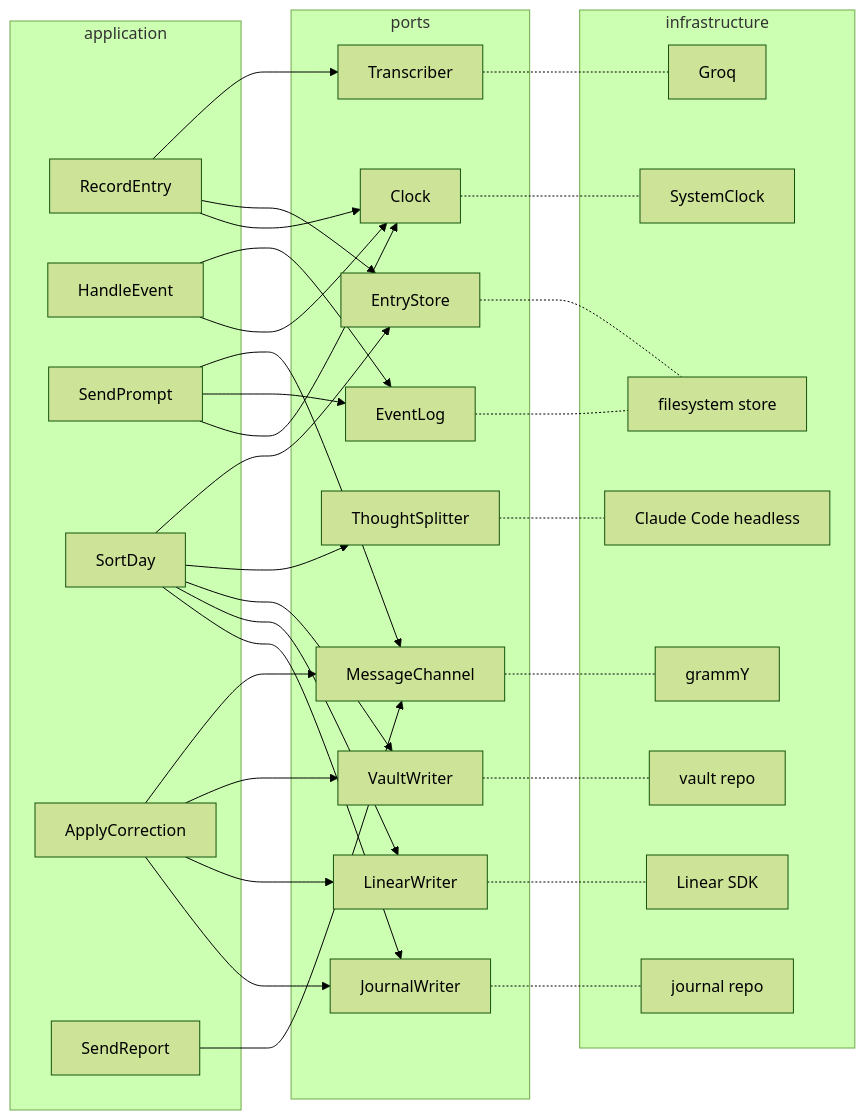
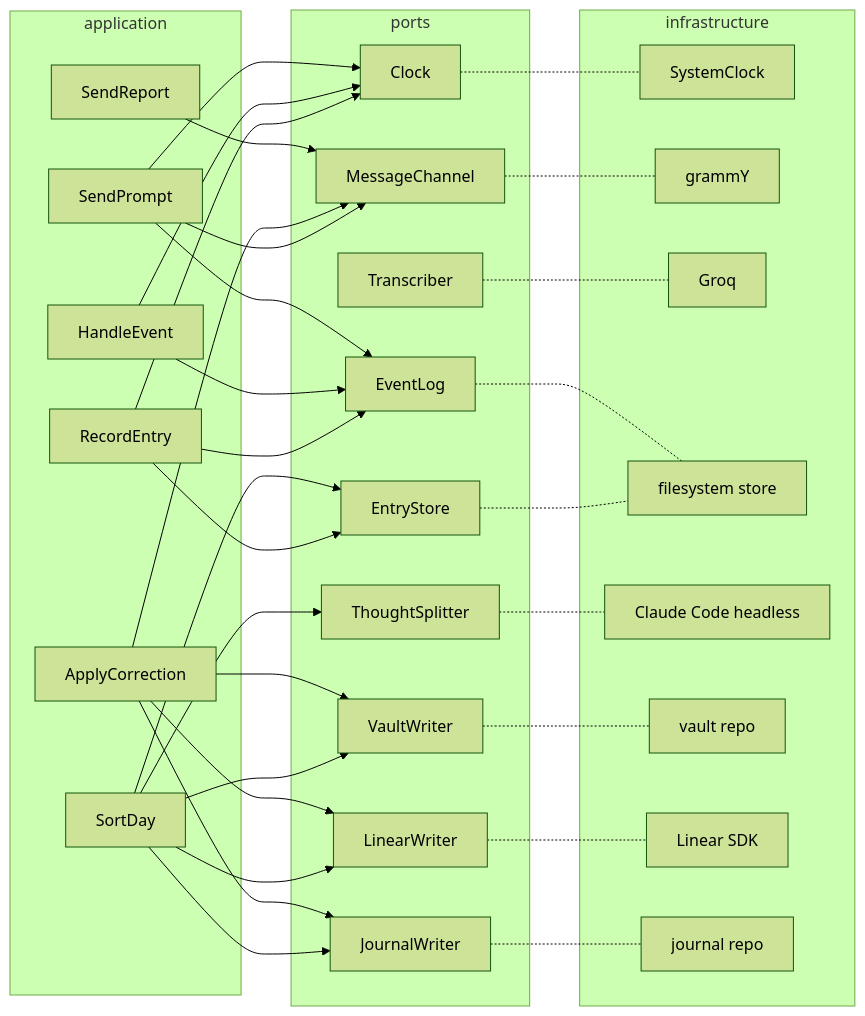
The second of 4 diagrams in docs/ARCHITECTURE.md (lyeyixian/journal-inbox), drawn with Mermaid (forest theme) before and after one commit. The commit also changed other lines of this file and 26 other files, not shown here.

````diff
--- a/docs/ARCHITECTURE.md
+++ b/docs/ARCHITECTURE.md
@@ -28,47 +28,47 @@
 ```mermaid
 flowchart LR
   subgraph application
     RE[RecordEntry]
     HE[HandleEvent]
     SP[SendPrompt]
     SD[SortDay]
     AC[ApplyCorrection]
     SR[SendReport]
   end
   subgraph ports
     Clock
     MessageChannel
     Transcriber
     EntryStore
     EventLog
     ThoughtSplitter
     VaultWriter
     LinearWriter
     JournalWriter
   end
   subgraph infrastructure
     SystemClock
     grammY
     Groq
     FS[filesystem store]
     Claude[Claude Code headless]
     Vault[vault repo]
     Linear[Linear SDK]
     Journal[journal repo]
   end
-  RE --> Transcriber & EntryStore & Clock
+  RE --> EntryStore & EventLog & Clock
   HE --> EventLog & Clock
   SP --> MessageChannel & EventLog & Clock
   SD --> EntryStore & ThoughtSplitter & VaultWriter & LinearWriter & JournalWriter
   AC --> MessageChannel & VaultWriter & LinearWriter & JournalWriter
   SR --> MessageChannel
   Clock -.- SystemClock
   MessageChannel -.- grammY
   Transcriber -.- Groq
   EntryStore -.- FS
   EventLog -.- FS
   ThoughtSplitter -.- Claude
   VaultWriter -.- Vault
   LinearWriter -.- Linear
   JournalWriter -.- Journal
 ```
````
